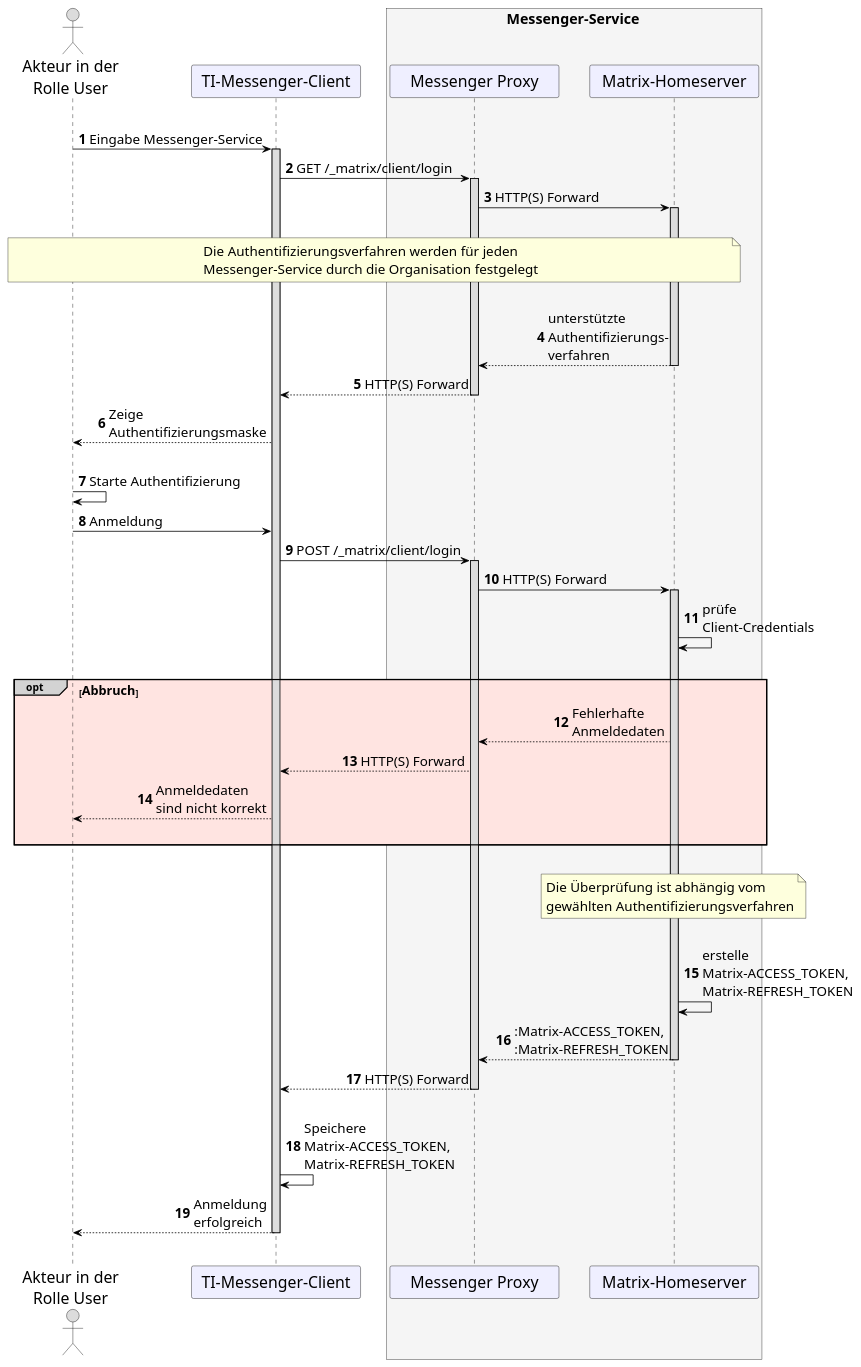
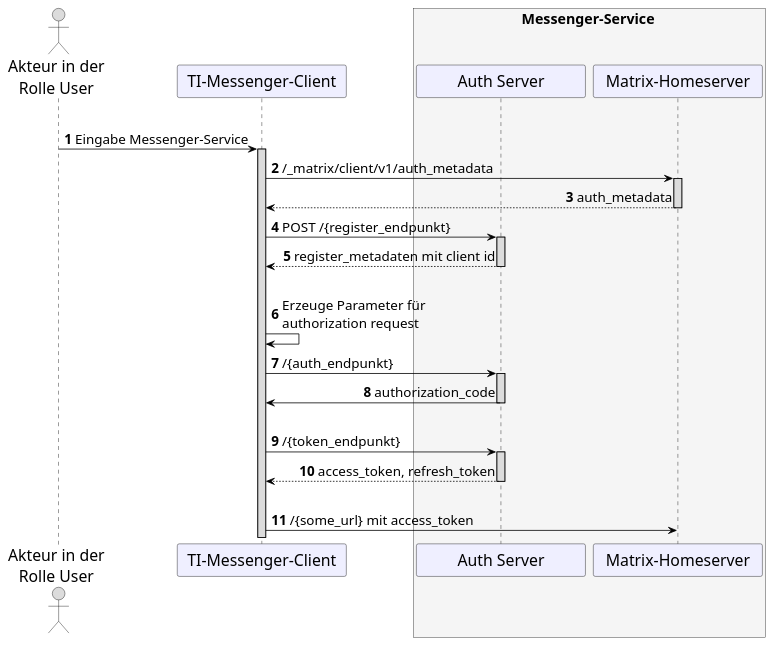
The diagram in src/images/TI-M_Basis/UC_10057_Seq.puml (gematik/api-ti-messenger), drawn with PlantUML before and after one commit.

Commit message:
refactor authentication flow in UC_10057 sequence diagram

```diff
--- a/src/images/TI-M_Basis/UC_10057_Seq.puml
+++ b/src/images/TI-M_Basis/UC_10057_Seq.puml
@@ -9,87 +9,63 @@
 @startuml
 skinparam sequenceMessageAlign direction
 skinparam minClassWidth 200
 skinparam BoxPadding 1
 skinparam sequenceReferenceHeaderBackgroundColor palegreen
 scale max 2048 width
 autonumber
 
 skinparam sequence {
 ArrowColor black
 ArrowFontSize 17
 ActorBorderColor black
 LifeLineBorderColor black
 LifeLineBackgroundColor Gainsboro
 
 ParticipantBorderColor Motivation
 ParticipantBackgroundColor Motivation
 ParticipantFontSize 20
 ParticipantFontColor black
 ParticipantBorderColor Black
 ParticipantBackgroundColor MOTIVATION
 
 
 
 ActorBackgroundColor Gainsboro
 ActorFontColor black
 ActorFontSize 20
 ActorFontName Aapex
 }
     actor U as "Akteur in der\nRolle User"
     participant C as "TI-Messenger-Client"
     box <size:18>Messenger-Service</size> #WhiteSmoke
-      participant MP as "Messenger Proxy"
+      participant AS as "Auth Server"
       participant MH as "Matrix-Homeserver"
     end box
 
-|||
-  U->C: Eingabe Messenger-Service 
-    Activate C
-  C->MP: GET /_matrix/client/login
-    Activate MP 
-  MP->MH: HTTP(S) Forward
-   Activate MH
 
 |||
-note over U, MH: <size:17>Die Authentifizierungsverfahren werden für jeden \n<size:17>Messenger-Service durch die Organisation festgelegt</size>
+  U->C: Eingabe Messenger-Service
+    Activate C
+  C->MH:  /_matrix/client/v1/auth_metadata
+    Activate MH
+    MH-->C: auth_metadata
+    Deactivate MH
+
+  C->AS: POST /{register_endpunkt}
+  Activate AS
+  AS-->C: register_metadaten mit client id
+    Deactivate AS
 |||
-
-  MH-->MP: unterstützte \nAuthentifizierungs-\nverfahren
-    Deactivate MH
-  MP-->C: HTTP(S) Forward
-    Deactivate MP
-  C-->U: Zeige \nAuthentifizierungsmaske
+  C->C: Erzeuge Parameter für\nauthorization request
+  C->AS: /{auth_endpunkt}
+   Activate AS
+  AS->C: authorization_code
+    Deactivate AS
+|||
+  C->AS: /{token_endpunkt}
+  Activate AS
+  AS-->C: access_token, refresh_token
+  Deactivate AS
   |||
-  U->U: Starte Authentifizierung
-  U->C: Anmeldung
-  C->MP: POST /_matrix/client/login
-    Activate MP
-
-    
-    MP->MH: HTTP(S) Forward
-      Activate MH
-    MH->MH: prüfe \nClient-Credentials
-    |||
-    opt#LightGrey #MistyRose <size:16>Abbruch</size>
-      MH-->MP:Fehlerhafte \nAnmeldedaten 
-      MP-->C: HTTP(S) Forward
-      C-->U: Anmeldedaten \nsind nicht korrekt
-      |||
-    end
-    |||
-    
-    note over MH, MH: <size:17>Die Überprüfung ist abhängig vom \n<size:17>gewählten Authentifizierungsverfahren</size>
-    
-    |||
-    MH->MH: erstelle \nMatrix-ACCESS_TOKEN, \nMatrix-REFRESH_TOKEN
-    MH-->MP: :Matrix-ACCESS_TOKEN, \n:Matrix-REFRESH_TOKEN
-      Deactivate MH
-    MP-->C: HTTP(S) Forward
-      Deactivate MP
-    |||
-    C->C: Speichere \nMatrix-ACCESS_TOKEN, \nMatrix-REFRESH_TOKEN
-
-    C-->U: Anmeldung \nerfolgreich
-        Deactivate C
-    |||
+  C->MH: /{some_url} mit access_token
 @enduml
```
